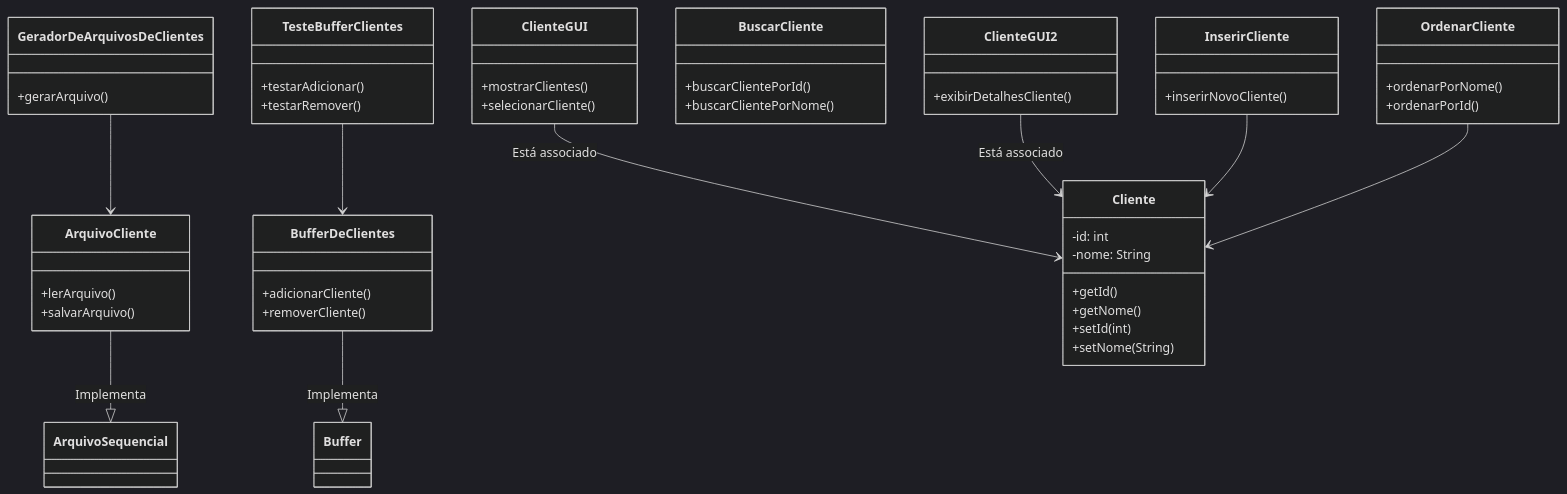
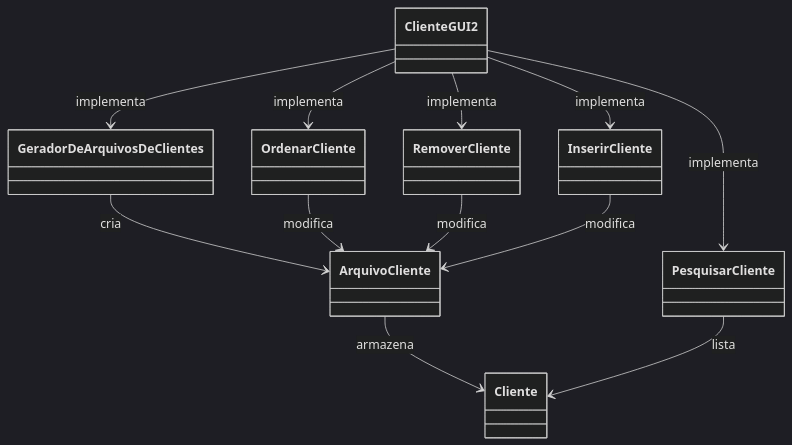
One commit to sofialctv/gestao-de-clientes changed the diagram in README.md. Above: the diagram before and after it, drawn with Mermaid (dark theme). The commit also changed other lines of this file and 3 other files, not shown here.

````diff
--- a/README.md
+++ b/README.md
@@ -53,72 +38,33 @@
 ```mermaid
 classDiagram
-%% Interfaces
-   class ArquivoSequencial { }
+class ClienteGUI2 { }
 
-   class Buffer { }
+class RemoverCliente { }
 
-%% Models
-   class ArquivoCliente {
-      +lerArquivo()
-      +salvarArquivo()
-   }
+class InserirCliente { }
 
-   class BufferDeClientes {
-      +adicionarCliente()
-      +removerCliente()
-   }
+class PesquisarCliente { }
 
-   class Cliente {
-      -id: int
-      -nome: String
-      +getId()
-      +getNome()
-      +setId(int)
-      +setNome(String)
-   }
+class GeradorDeArquivosDeClientes { }
 
-%% Utils
-   class GeradorDeArquivosDeClientes {
-      +gerarArquivo()
-   }
+class OrdenarCliente { }
 
-   class OrdenarCliente {
-      +ordenarPorNome()
-      +ordenarPorId()
-   }
+class ArquivoCliente { }
 
-   class TesteBufferClientes {
-      +testarAdicionar()
-      +testarRemover()
-   }
+class Cliente { }
 
-%% Views
-   class BuscarCliente {
-      +buscarClientePorId()
-      +buscarClientePorNome()
-   }
+GeradorDeArquivosDeClientes --> ArquivoCliente : cria
+ArquivoCliente --> Cliente : armazena
 
-   class ClienteGUI {
-      +mostrarClientes()
-      +selecionarCliente()
-   }
+ClienteGUI2 --> GeradorDeArquivosDeClientes : implementa
+ClienteGUI2 --> InserirCliente : implementa
+ClienteGUI2 --> RemoverCliente : implementa
+ClienteGUI2 --> PesquisarCliente : implementa
+ClienteGUI2 --> OrdenarCliente : implementa
 
-   class ClienteGUI2 {
-      +exibirDetalhesCliente()
-   }
+OrdenarCliente --> ArquivoCliente : modifica
+RemoverCliente --> ArquivoCliente : modifica
+InserirCliente --> ArquivoCliente : modifica
 
-   class InserirCliente {
-      +inserirNovoCliente()
-   }
-
-%% Relações
-   BufferDeClientes --|> Buffer : Implementa
-   ArquivoCliente --|> ArquivoSequencial: Implementa
-   ClienteGUI --> Cliente : Está associado
-   ClienteGUI2 --> Cliente : Está associado
-   InserirCliente --> Cliente
-   GeradorDeArquivosDeClientes --> ArquivoCliente
-   OrdenarCliente --> Cliente
-   TesteBufferClientes --> BufferDeClientes
-
+PesquisarCliente --> Cliente : lista 
 ```
````
